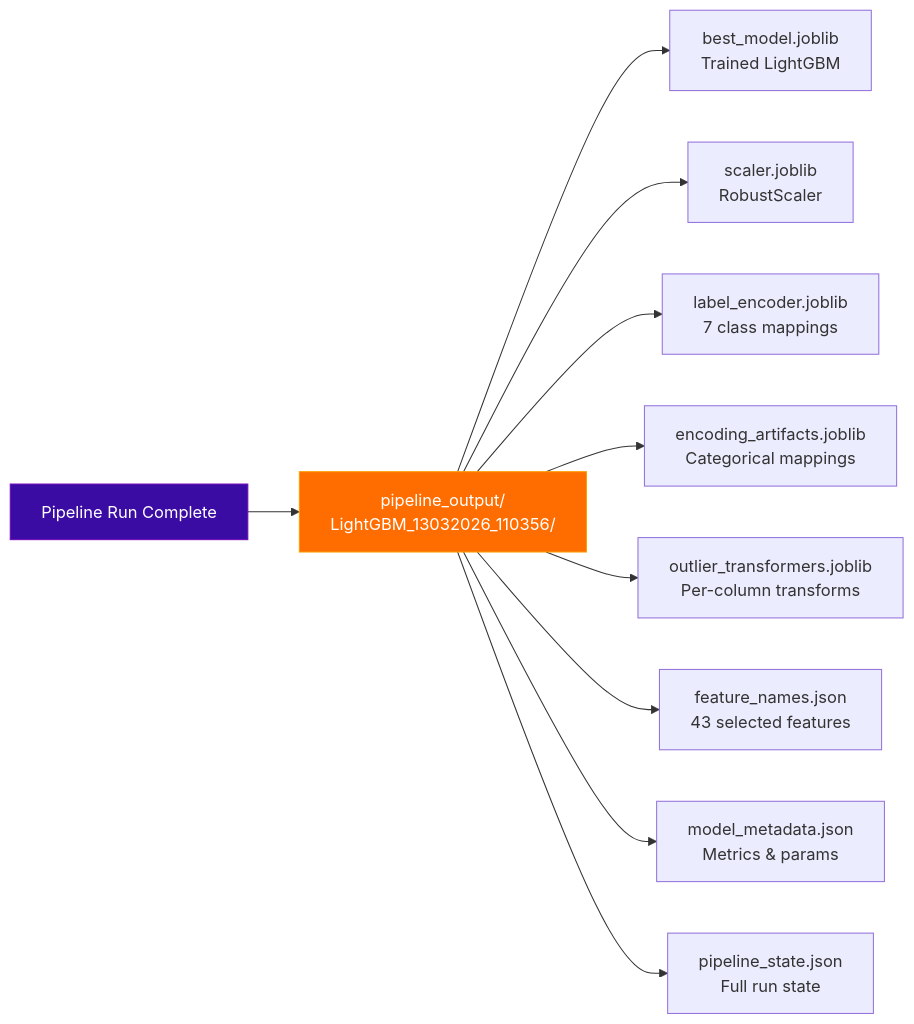
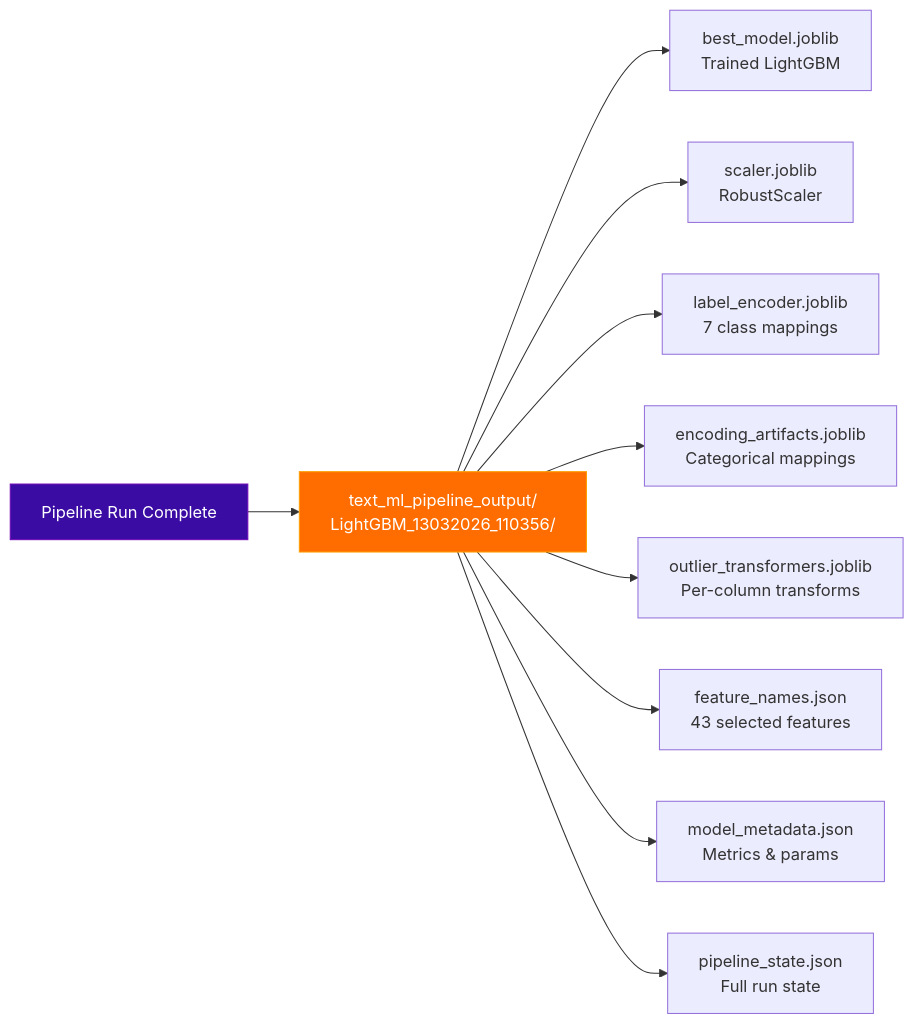
One commit to VICKYPATIL2525/Mindspace-ml-pipeline-text-to-mentel-health-class changed the seventh of 7 diagrams in PIPELINE_FLOW_CLEAN.md. Above: the diagram before and after it, drawn with Mermaid. The commit also changed 197 other files, not shown here.

````diff
--- a/PIPELINE_FLOW_CLEAN.md
+++ b/PIPELINE_FLOW_CLEAN.md
@@ -246,19 +246,19 @@
 ```mermaid
 flowchart LR
     PIPELINE["Pipeline Run Complete"]
-    FOLDER["pipeline_output/\nLightGBM_13032026_110356/"]
+    FOLDER["text_ml_pipeline_output/\nLightGBM_13032026_110356/"]
     M["best_model.joblib\nTrained LightGBM"]
     SC["scaler.joblib\nRobustScaler"]
     LE["label_encoder.joblib\n7 class mappings"]
     EA["encoding_artifacts.joblib\nCategorical mappings"]
     OT["outlier_transformers.joblib\nPer-column transforms"]
     FN["feature_names.json\n43 selected features"]
     MD["model_metadata.json\nMetrics & params"]
     PS["pipeline_state.json\nFull run state"]
 
     PIPELINE --> FOLDER
     FOLDER --> M & SC & LE & EA & OT & FN & MD & PS
 
     style PIPELINE fill:#3a0ca3,stroke:#7209b7,color:#fff
     style FOLDER fill:#ff6d00,stroke:#ff9e00,color:#fff
 ```
````
